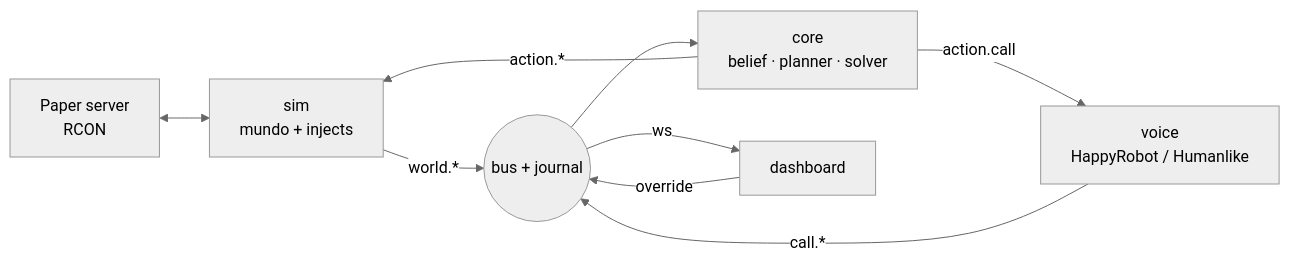
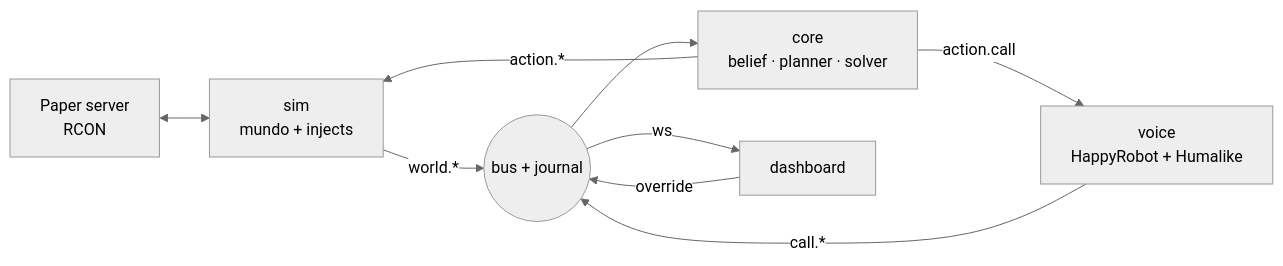
One commit to CarlosCaoLopez/HACKSPAIN-2026 changed the diagram in docs/backbone.md. Above: the diagram before and after it, drawn with Mermaid (neutral theme). The commit also changed other lines of this file and 3 other files, not shown here.

First line of the commit message:
docs: telefonía verificada contra HappyRobot y Humalike; clímax durante la llamada

````diff
--- a/docs/backbone.md
+++ b/docs/backbone.md
@@ -104,11 +108,11 @@
 ```mermaid
 flowchart LR
   MC[Paper server<br/>RCON] <--> SIM[sim<br/>mundo + injects]
   SIM -->|world.*| BUS((bus + journal))
-  VOICE[voice<br/>HappyRobot / Humanlike] -->|call.*| BUS
+  VOICE[voice<br/>HappyRobot + Humalike] -->|call.*| BUS
   BUS --> CORE[core<br/>belief · planner · solver]
   CORE -->|action.*| SIM
   CORE -->|action.call| VOICE
   BUS -->|ws| DASH[dashboard]
   DASH -->|override| BUS
 ```
````
